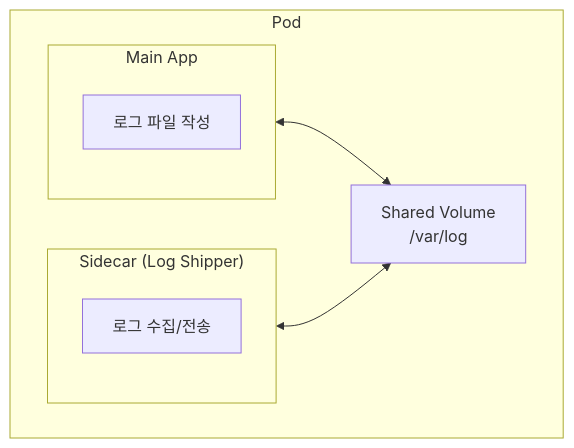
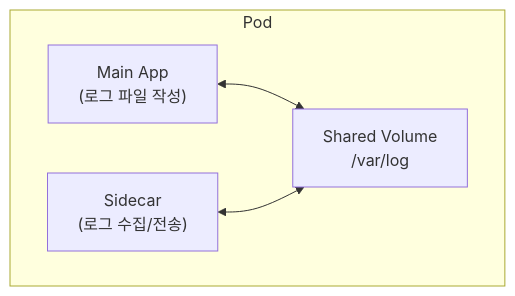
Before and after one commit to K-Diger/k-diger.github.io: the third of 7 diagrams in _posts/2025-12-26-kubernetes-05-pod.md, drawn with Mermaid. The commit also changed other lines of this file and 13 other files, not shown here.

````diff
--- a/_posts/2025-12-26-kubernetes-05-pod.md
+++ b/_posts/2025-12-26-kubernetes-05-pod.md
@@ -164,15 +158,11 @@
 ```mermaid
 flowchart TB
     subgraph pod["Pod"]
-        subgraph main["Main App"]
-            mainContent["로그 파일 작성"]
-        end
-        subgraph sidecar["Sidecar (Log Shipper)"]
-            sidecarContent["로그 수집/전송"]
-        end
+        main["Main App<br/>(로그 파일 작성)"]
+        sidecar["Sidecar<br/>(로그 수집/전송)"]
         volume["Shared Volume<br/>/var/log"]
 
         main <--> volume
         sidecar <--> volume
     end
 ```
````
